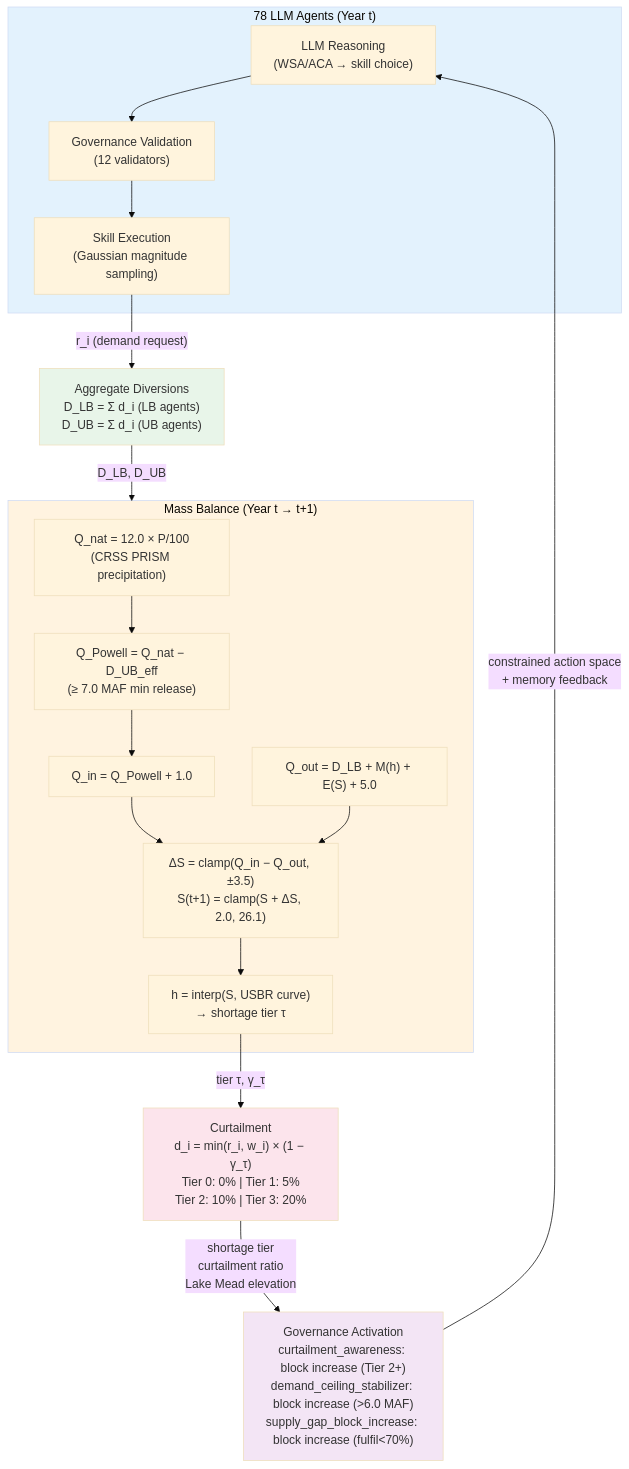
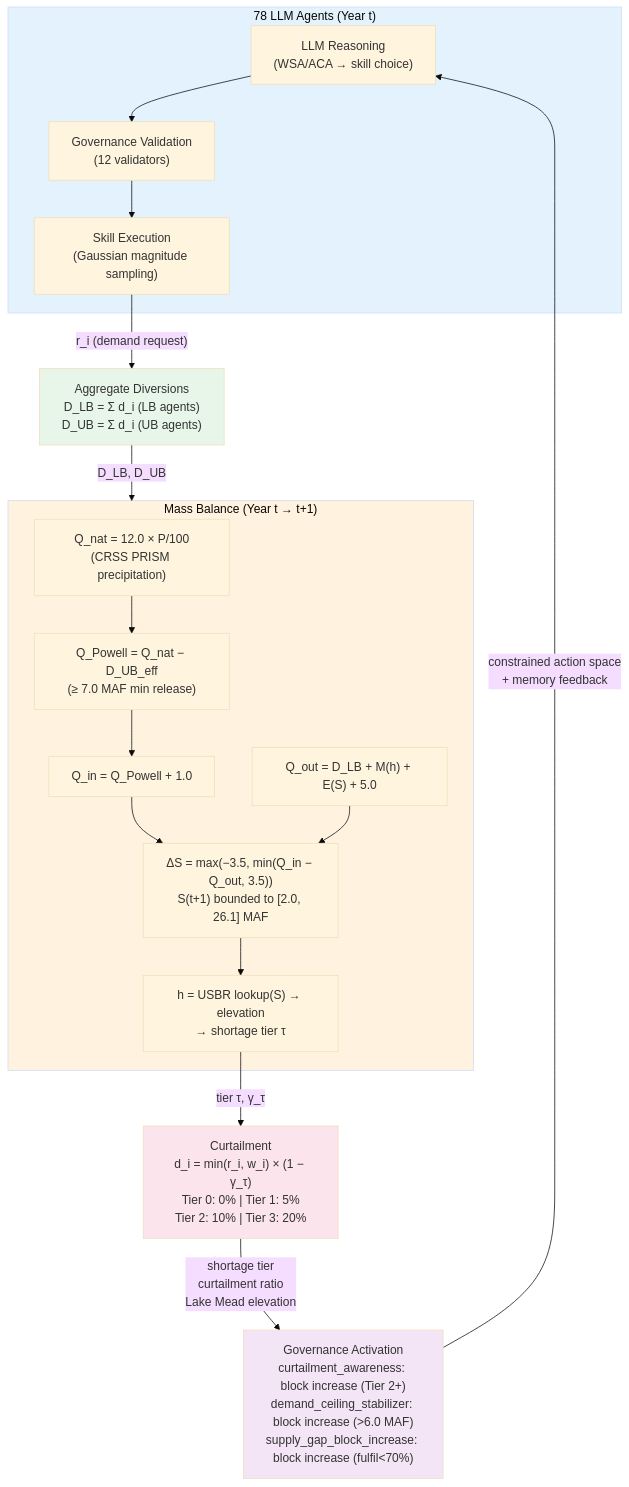
The second of 3 diagrams in examples/irrigation_abm/README.md (WenyuChiou/WAGF), drawn with Mermaid (base theme) before and after one commit. The commit also changed other lines of this file, not shown here.

````diff
--- a/examples/irrigation_abm/README.md
+++ b/examples/irrigation_abm/README.md
@@ -467,42 +467,42 @@
 ```mermaid
 flowchart TD
     subgraph AGENTS ["78 LLM Agents (Year t)"]
         A1["LLM Reasoning<br/>(WSA/ACA → skill choice)"]
         A2["Governance Validation<br/>(12 validators)"]
         A3["Skill Execution<br/>(Gaussian magnitude sampling)"]
         A1 --> A2 --> A3
     end
 
     A3 -->|"r_i (demand request)"| AGG
 
     AGG["Aggregate Diversions<br/>D_LB = Σ d_i (LB agents)<br/>D_UB = Σ d_i (UB agents)"]
 
     AGG -->|"D_LB, D_UB"| MB
 
     subgraph MB ["Mass Balance (Year t → t+1)"]
         MB1["Q_nat = 12.0 × P/100<br/>(CRSS PRISM precipitation)"]
         MB2["Q_Powell = Q_nat − D_UB_eff<br/>(≥ 7.0 MAF min release)"]
         MB3["Q_in = Q_Powell + 1.0"]
         MB4["Q_out = D_LB + M(h) + E(S) + 5.0"]
-        MB5["ΔS = clamp(Q_in − Q_out, ±3.5)<br/>S(t+1) = clamp(S + ΔS, 2.0, 26.1)"]
-        MB6["h = interp(S, USBR curve)<br/>→ shortage tier τ"]
+        MB5["ΔS = max(−3.5, min(Q_in − Q_out, 3.5))<br/>S(t+1) bounded to [2.0, 26.1] MAF"]
+        MB6["h = USBR lookup(S) → elevation<br/>→ shortage tier τ"]
         MB1 --> MB2 --> MB3 --> MB5
         MB4 --> MB5 --> MB6
     end
 
     MB6 -->|"tier τ, γ_τ"| CURT
 
     CURT["Curtailment<br/>d_i = min(r_i, w_i) × (1 − γ_τ)<br/>Tier 0: 0% | Tier 1: 5%<br/>Tier 2: 10% | Tier 3: 20%"]
 
     CURT -->|"shortage tier<br/>curtailment ratio<br/>Lake Mead elevation"| GOV
 
     GOV["Governance Activation<br/>curtailment_awareness: block increase (Tier 2+)<br/>demand_ceiling_stabilizer: block increase (>6.0 MAF)<br/>supply_gap_block_increase: block increase (fulfil<70%)"]
 
     GOV -->|"constrained action space<br/>+ memory feedback"| A1
 
     style AGENTS fill:#e3f2fd
     style MB fill:#fff3e0
     style CURT fill:#fce4ec
     style GOV fill:#f3e5f5
     style AGG fill:#e8f5e9
 ```
````
